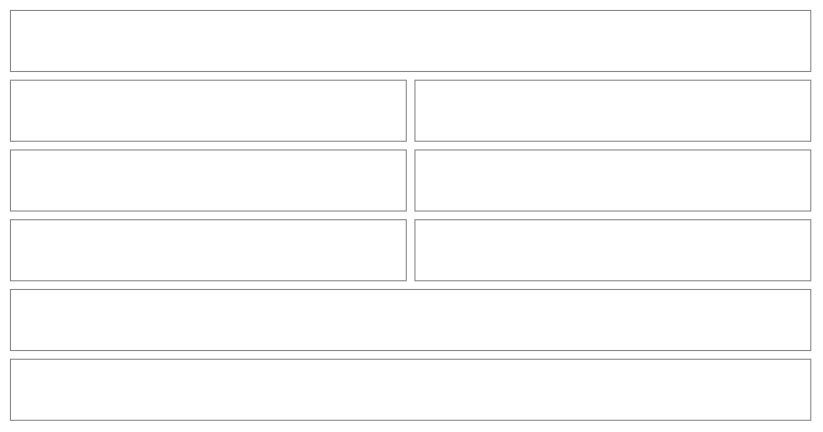
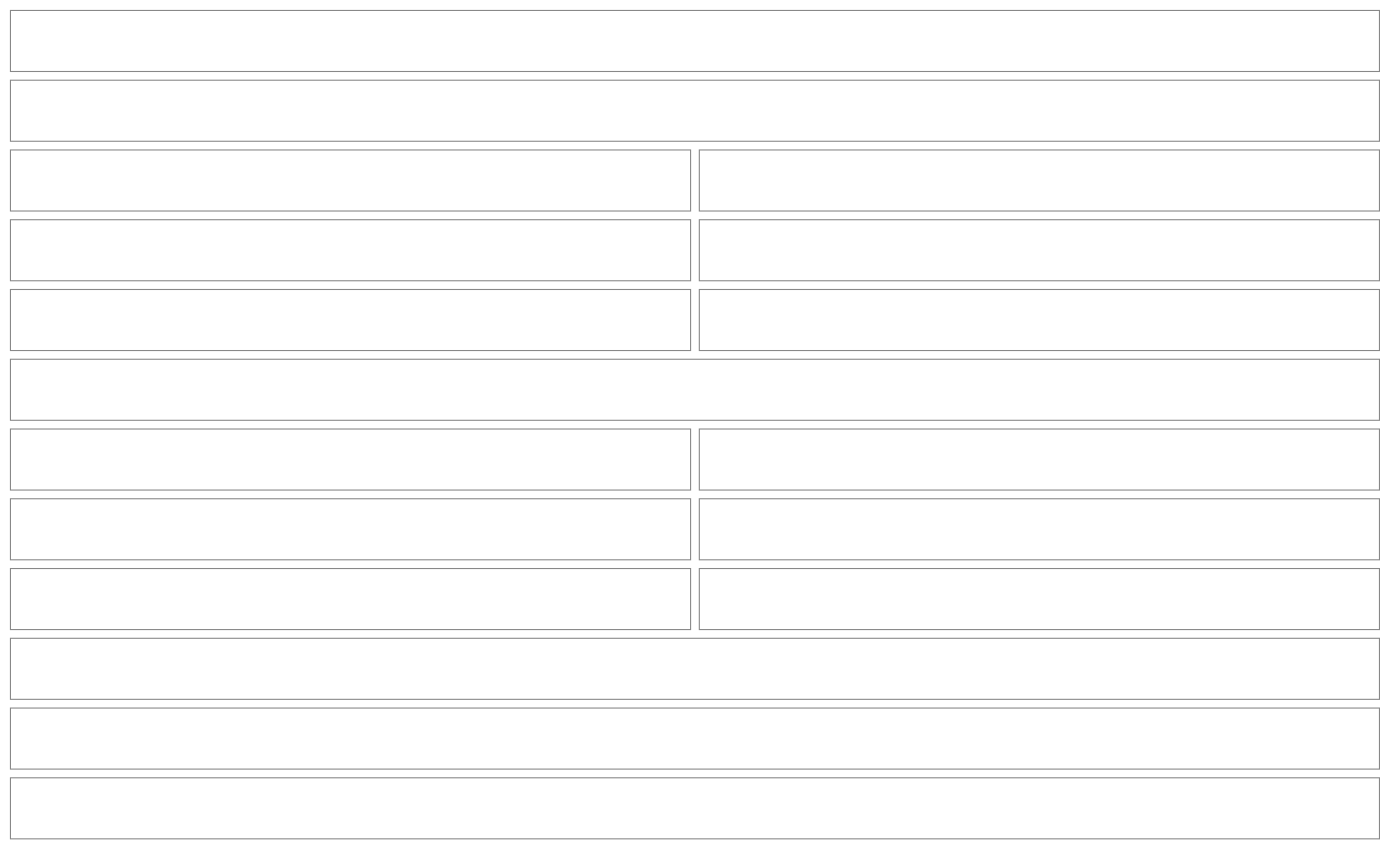
One commit to NovaMoonX/moondreams-dev-apps changed diagram 11 of 54 in src/apps/pinch/UX.md. Above: the diagram before and after it, drawn with Mermaid. The commit also changed other lines of this file and 163 other files, not shown here.

````diff
--- a/src/apps/pinch/UX.md
+++ b/src/apps/pinch/UX.md
@@ -428,21 +407,30 @@
 ```mermaid
 %%{init: {'theme': 'base', 'themeVariables': {'primaryColor': 'transparent', 'primaryBorderColor': '#888888', 'primaryTextColor': '#333333', 'lineColor': '#888888'}}}%%
 block-beta
   columns 2
   V1["View options"]:2
-  V2["Show prices"]:1
+  V1a["NUTRITION, EVERYWHERE"]:2
+  V1b["🔥 Calories"]:1
+  V1c["◯ off"]:1
+  V1d["💪 Protein · Also shows the price per gram of protein"]:1
+  V1e["◯ off"]:1
+  V1f["🌾 Carbs   🥑 Fat"]:1
+  V1g["◯ off"]:1
+  V1h["ON THIS LIST"]:2
+  V2["Show prices (on the Calendar: each Week meal row)"]:1
   V3["◉ on"]:1
   V4["Show calories and macros"]:1
-  V5["◉ on"]:1
-  V5b["Show what's in stock (Recipes and Meals only)"]:1
+  V5["◯ off"]:1
+  V5b["Show what's in stock (Recipes and Saved meals only)"]:1
   V5c["◉ on"]:1
-  V6["Nutrition numbers (Kitchen only)<br/>Per serving   [ Per 100 g ]"]:2
+  V6["Nutrition numbers (Kitchen only, once a number is on)<br/>Per serving   [ Per 100 g ]"]:2
+  V6b["About the numbers: nutrition values are approximate, based on USDA FoodData Central. Store logos are provided by Logo.dev and remain their owners' trademarks."]:2
   V7["Reset  ·  Done"]:2
   style V1 fill:transparent,stroke:#888888,stroke-width:1px;
   style V2 fill:transparent,stroke:#888888,stroke-width:1px;
   style V3 fill:transparent,stroke:#888888,stroke-width:1px;
   style V4 fill:transparent,stroke:#888888,stroke-width:1px;
   style V5 fill:transparent,stroke:#888888,stroke-width:1px;
   style V6 fill:transparent,stroke:#888888,stroke-width:1px;
   style V7 fill:transparent,stroke:#888888,stroke-width:1px;
 ```
````
